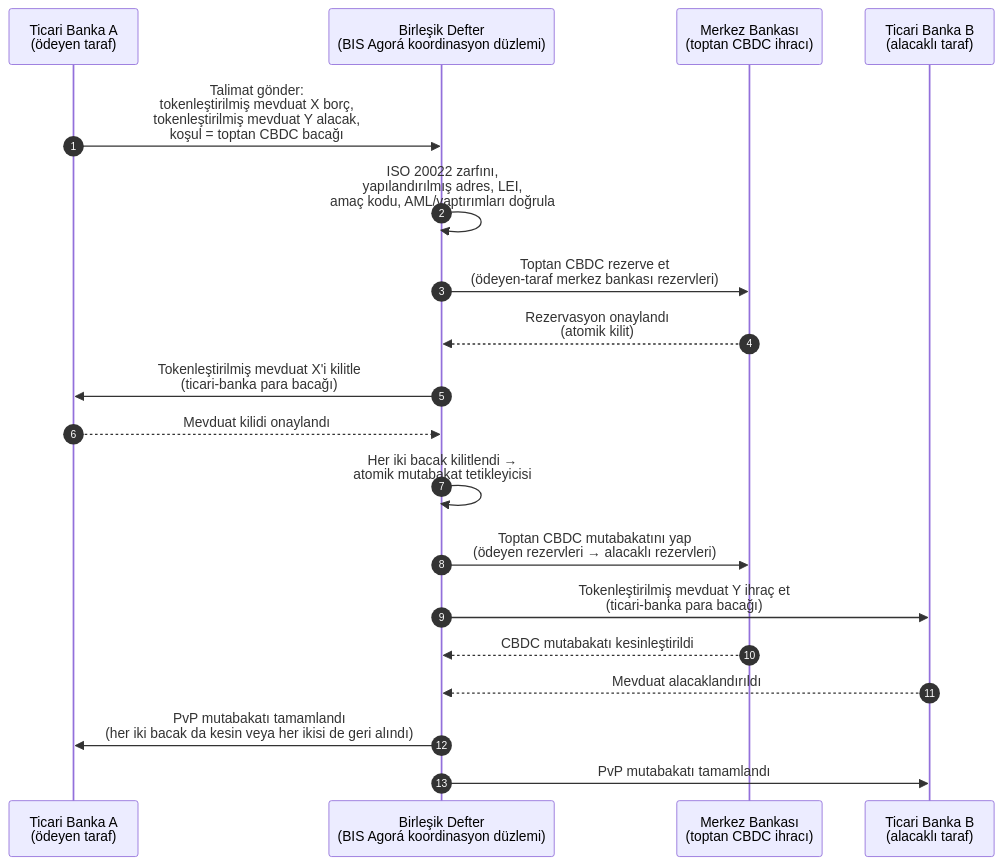
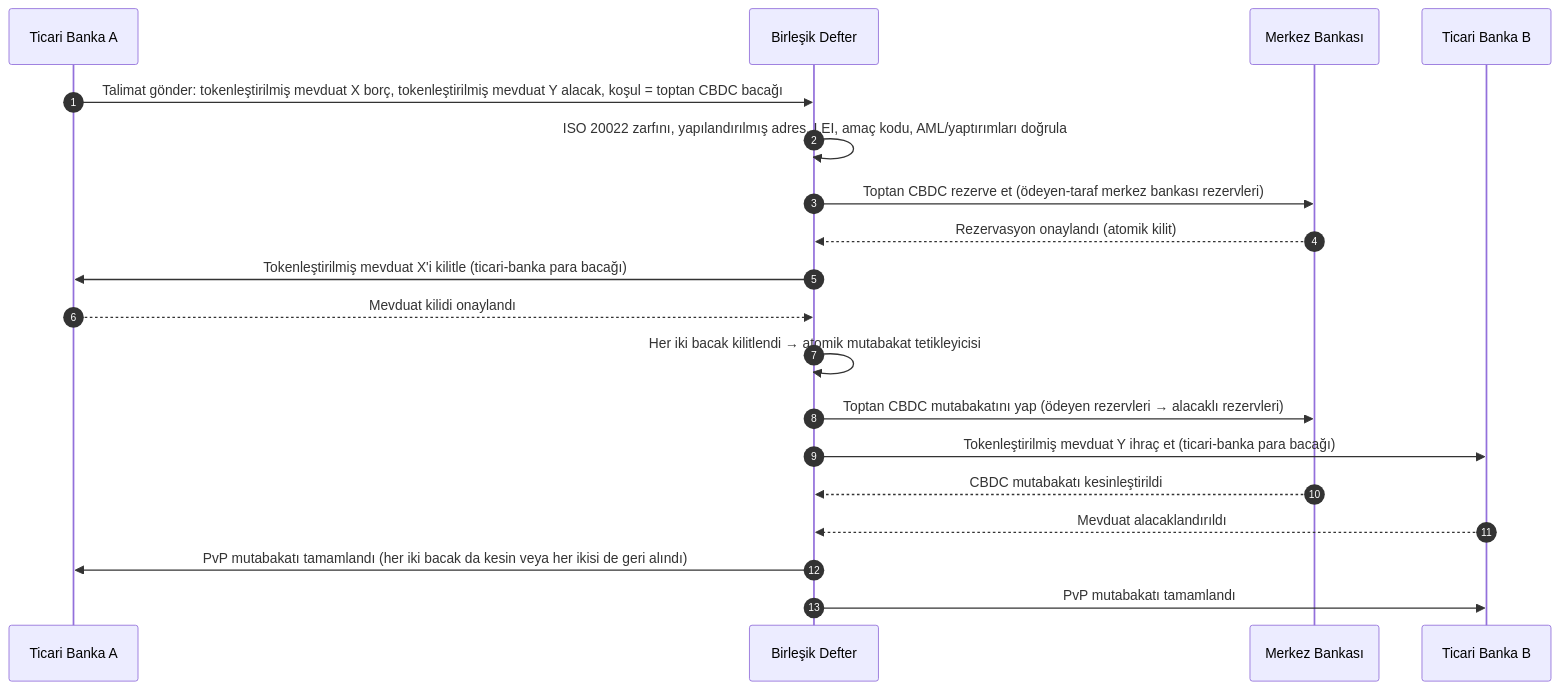
The diagram in _posts/tr/2026-06-06-wholesale-payments-index-iso20022-tokenised-deposits-cross-border-2026.md (sebastienrousseau/sebastienrousseau.github.io), drawn with Mermaid before and after one commit. The commit also changed 2231 other files, not shown here.

First line of the commit message:
fix(mermaid): unblock Mermaid v10 rendering end-to-end (#198)

````diff
--- a/_posts/tr/2026-06-06-wholesale-payments-index-iso20022-tokenised-deposits-cross-border-2026.md
+++ b/_posts/tr/2026-06-06-wholesale-payments-index-iso20022-tokenised-deposits-cross-border-2026.md
@@ -170,22 +170,21 @@
 ```mermaid
 sequenceDiagram
     autonumber
-    participant CB_A as Ticari Banka A<br/>(ödeyen taraf)
-    participant UL as Birleşik Defter<br/>(BIS Agorá koordinasyon düzlemi)
-    participant CBNK as Merkez Bankası<br/>(toptan CBDC ihracı)
-    participant CB_B as Ticari Banka B<br/>(alacaklı taraf)
-
-    CB_A->>UL: Talimat gönder:<br/>tokenleştirilmiş mevduat X borç,<br/>tokenleştirilmiş mevduat Y alacak,<br/>koşul = toptan CBDC bacağı
-    UL->>UL: ISO 20022 zarfını,<br/>yapılandırılmış adres, LEI,<br/>amaç kodu, AML/yaptırımları doğrula
-    UL->>CBNK: Toptan CBDC rezerve et<br/>(ödeyen-taraf merkez bankası rezervleri)
-    CBNK-->>UL: Rezervasyon onaylandı<br/>(atomik kilit)
-    UL->>CB_A: Tokenleştirilmiş mevduat X'i kilitle<br/>(ticari-banka para bacağı)
+    participant CB_A as Ticari Banka A
+    participant UL as Birleşik Defter
+    participant CBNK as Merkez Bankası
+    participant CB_B as Ticari Banka B
+    CB_A->>UL: Talimat gönder: tokenleştirilmiş mevduat X borç, tokenleştirilmiş mevduat Y alacak, koşul = toptan CBDC bacağı
+    UL->>UL: ISO 20022 zarfını, yapılandırılmış adres, LEI, amaç kodu, AML/yaptırımları doğrula
+    UL->>CBNK: Toptan CBDC rezerve et (ödeyen-taraf merkez bankası rezervleri)
+    CBNK-->>UL: Rezervasyon onaylandı (atomik kilit)
+    UL->>CB_A: Tokenleştirilmiş mevduat X'i kilitle (ticari-banka para bacağı)
     CB_A-->>UL: Mevduat kilidi onaylandı
-    UL->>UL: Her iki bacak kilitlendi →<br/>atomik mutabakat tetikleyicisi
-    UL->>CBNK: Toptan CBDC mutabakatını yap<br/>(ödeyen rezervleri → alacaklı rezervleri)
-    UL->>CB_B: Tokenleştirilmiş mevduat Y ihraç et<br/>(ticari-banka para bacağı)
+    UL->>UL: Her iki bacak kilitlendi → atomik mutabakat tetikleyicisi
+    UL->>CBNK: Toptan CBDC mutabakatını yap (ödeyen rezervleri → alacaklı rezervleri)
+    UL->>CB_B: Tokenleştirilmiş mevduat Y ihraç et (ticari-banka para bacağı)
     CBNK-->>UL: CBDC mutabakatı kesinleştirildi
     CB_B-->>UL: Mevduat alacaklandırıldı
-    UL->>CB_A: PvP mutabakatı tamamlandı<br/>(her iki bacak da kesin veya her ikisi de geri alındı)
+    UL->>CB_A: PvP mutabakatı tamamlandı (her iki bacak da kesin veya her ikisi de geri alındı)
     UL->>CB_B: PvP mutabakatı tamamlandı
 ```
````
